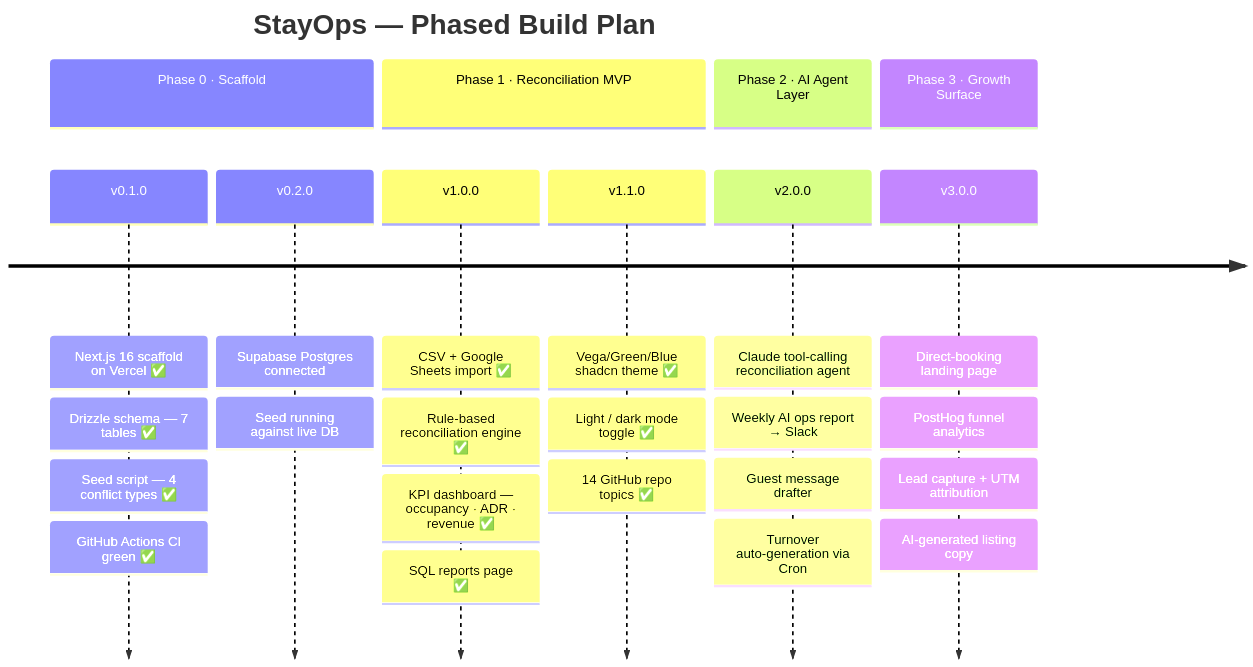
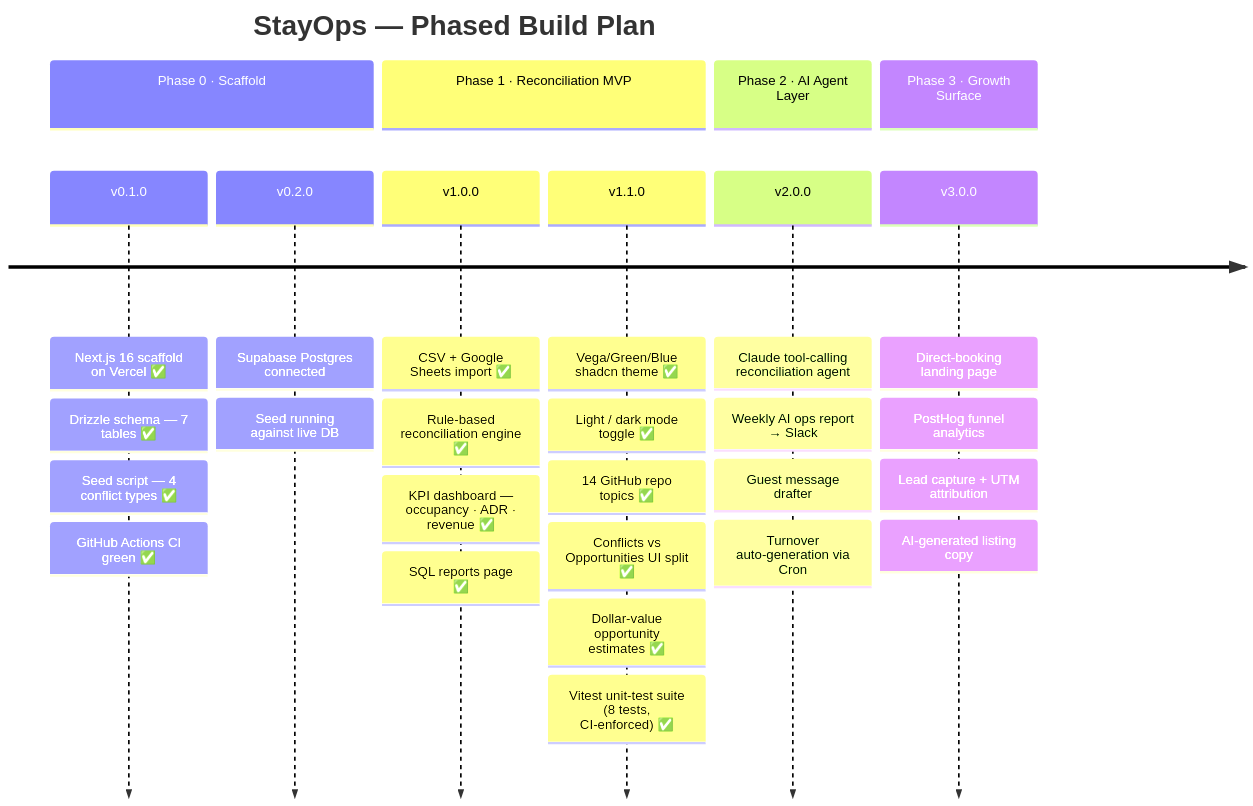
The second of 2 diagrams in README.md (deepan-mehta-analytics/stayops), drawn with Mermaid before and after one commit. The commit also changed other lines of this file, not shown here.

Commit message:
docs: update README for v1.1.0 conflicts/opportunities split and Vitest

````diff
--- a/README.md
+++ b/README.md
@@ -455,29 +455,32 @@
 ```mermaid
 timeline
     title StayOps — Phased Build Plan
     section Phase 0 · Scaffold
         v0.1.0 : Next.js 16 scaffold on Vercel ✅
                : Drizzle schema — 7 tables ✅
                : Seed script — 4 conflict types ✅
                : GitHub Actions CI green ✅
         v0.2.0 : Supabase Postgres connected
                : Seed running against live DB
     section Phase 1 · Reconciliation MVP
         v1.0.0 : CSV + Google Sheets import ✅
                : Rule-based reconciliation engine ✅
                : KPI dashboard — occupancy · ADR · revenue ✅
                : SQL reports page ✅
         v1.1.0 : Vega/Green/Blue shadcn theme ✅
                : Light / dark mode toggle ✅
                : 14 GitHub repo topics ✅
+               : Conflicts vs Opportunities UI split ✅
+               : Dollar-value opportunity estimates ✅
+               : Vitest unit-test suite (8 tests, CI-enforced) ✅
     section Phase 2 · AI Agent Layer
         v2.0.0 : Claude tool-calling reconciliation agent
                : Weekly AI ops report → Slack
                : Guest message drafter
                : Turnover auto-generation via Cron
     section Phase 3 · Growth Surface
         v3.0.0 : Direct-booking landing page
                : PostHog funnel analytics
                : Lead capture + UTM attribution
                : AI-generated listing copy
 ```
````
